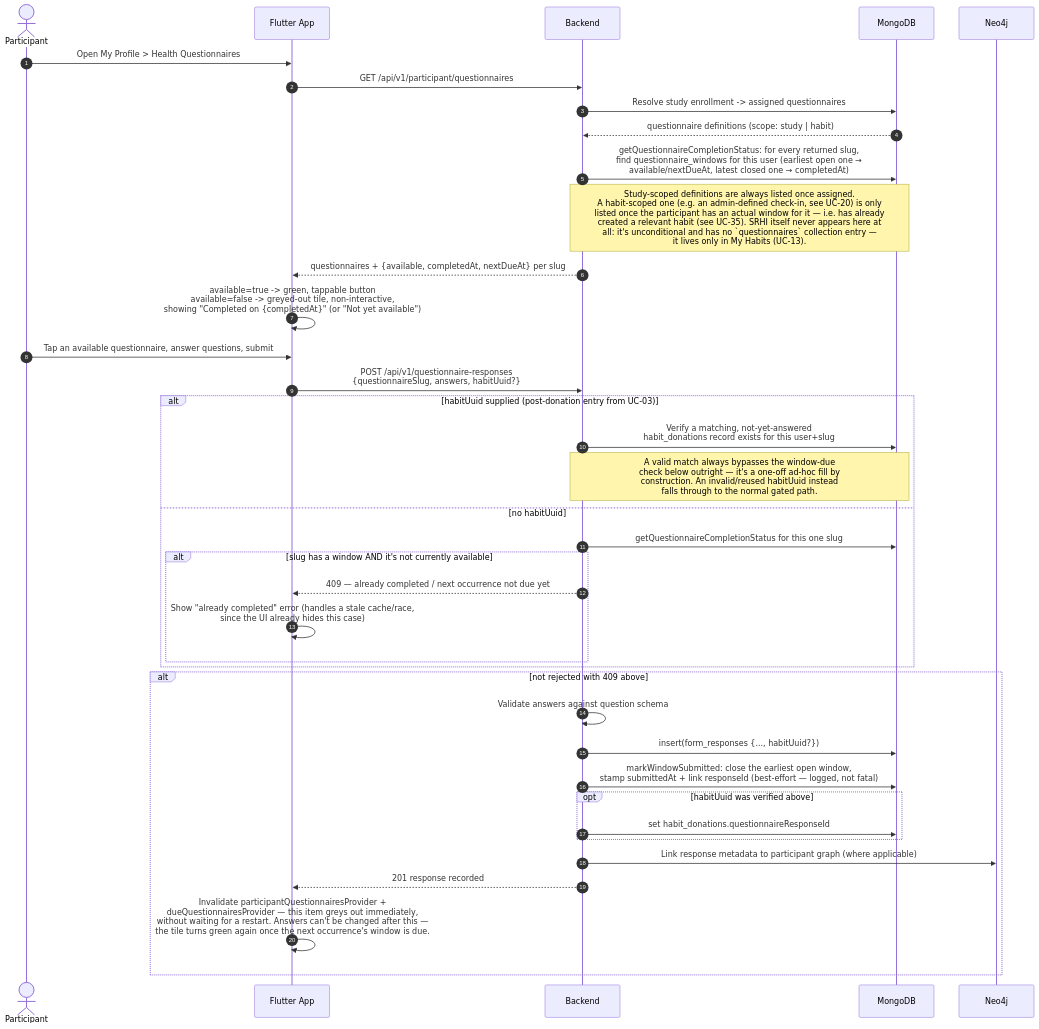
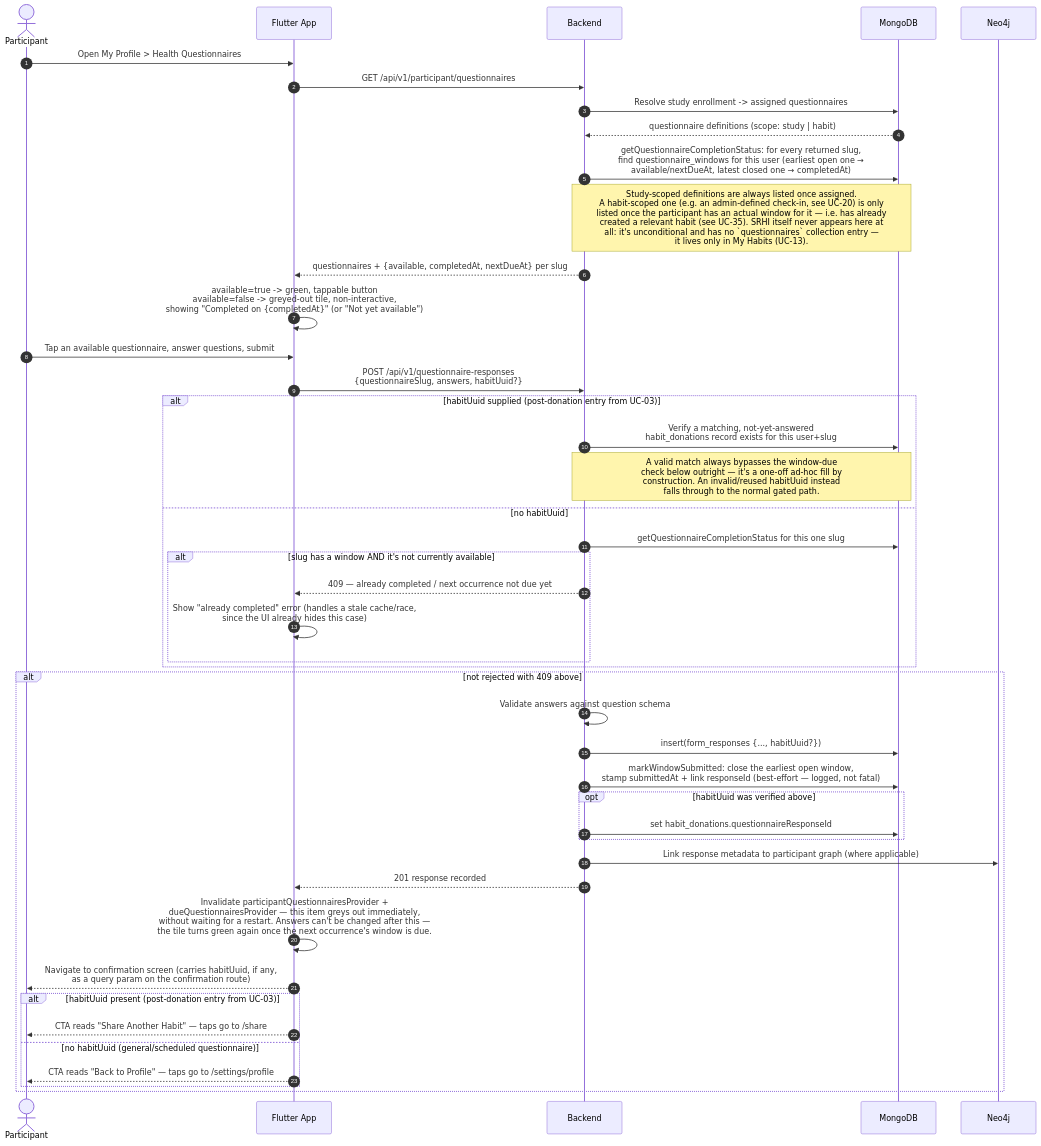
One commit to Bulgy404/health-habit-hub changed the diagram in docs/diagrams/sequences/UC-06-complete-questionnaire.mmd. Above: the diagram before and after it, drawn with Mermaid. The commit also changed 75 other files, not shown here.

```diff
--- a/docs/diagrams/sequences/UC-06-complete-questionnaire.mmd
+++ b/docs/diagrams/sequences/UC-06-complete-questionnaire.mmd
@@ -1,42 +1,48 @@
 %% UC-06 — Complete questionnaire
 %% Also entered directly (bypassing the list below) as the post-donation questionnaire
 %% from UC-03: F navigates straight to /questionnaire/:slug?habitUuid=:uuid.
 sequenceDiagram
     autonumber
     actor P as Participant
     participant F as Flutter App
     participant B as Backend
     participant M as MongoDB
     participant N4 as Neo4j
 
     P->>F: Open My Profile > Health Questionnaires
     F->>B: GET /api/v1/participant/questionnaires
     B->>M: Resolve study enrollment -> assigned questionnaires
     M-->>B: questionnaire definitions (scope: study | habit)
     B->>M: getQuestionnaireCompletionStatus: for every returned slug,<br/>find questionnaire_windows for this user (earliest open one →<br/>available/nextDueAt, latest closed one → completedAt)
     Note over B,M: Study-scoped definitions are always listed once assigned.<br/>A habit-scoped one (e.g. an admin-defined check-in, see UC-20) is only<br/>listed once the participant has an actual window for it — i.e. has already<br/>created a relevant habit (see UC-35). SRHI itself never appears here at<br/>all: it's unconditional and has no `questionnaires` collection entry —<br/>it lives only in My Habits (UC-13).
     B-->>F: questionnaires + {available, completedAt, nextDueAt} per slug
     F->>F: available=true -> green, tappable button<br/>available=false -> greyed-out tile, non-interactive,<br/>showing "Completed on {completedAt}" (or "Not yet available")
     P->>F: Tap an available questionnaire, answer questions, submit
     F->>B: POST /api/v1/questionnaire-responses<br/>{questionnaireSlug, answers, habitUuid?}
     alt habitUuid supplied (post-donation entry from UC-03)
         B->>M: Verify a matching, not-yet-answered<br/>habit_donations record exists for this user+slug
         Note over B,M: A valid match always bypasses the window-due<br/>check below outright — it's a one-off ad-hoc fill by<br/>construction. An invalid/reused habitUuid instead<br/>falls through to the normal gated path.
     else no habitUuid
         B->>M: getQuestionnaireCompletionStatus for this one slug
         alt slug has a window AND it's not currently available
             B-->>F: 409 — already completed / next occurrence not due yet
             F->>F: Show "already completed" error (handles a stale cache/race,<br/>since the UI already hides this case)
         end
     end
     alt not rejected with 409 above
         B->>B: Validate answers against question schema
         B->>M: insert(form_responses {..., habitUuid?})
         B->>M: markWindowSubmitted: close the earliest open window,<br/>stamp submittedAt + link responseId (best-effort — logged, not fatal)
         opt habitUuid was verified above
             B->>M: set habit_donations.questionnaireResponseId
         end
         B->>N4: Link response metadata to participant graph (where applicable)
         B-->>F: 201 response recorded
         F->>F: Invalidate participantQuestionnairesProvider +<br/>dueQuestionnairesProvider — this item greys out immediately,<br/>without waiting for a restart. Answers can't be changed after this —<br/>the tile turns green again once the next occurrence's window is due.
+        F-->>P: Navigate to confirmation screen (carries habitUuid, if any,<br/>as a query param on the confirmation route)
+        alt habitUuid present (post-donation entry from UC-03)
+            F-->>P: CTA reads "Share Another Habit" — taps go to /share
+        else no habitUuid (general/scheduled questionnaire)
+            F-->>P: CTA reads "Back to Profile" — taps go to /settings/profile
+        end
     end
```
